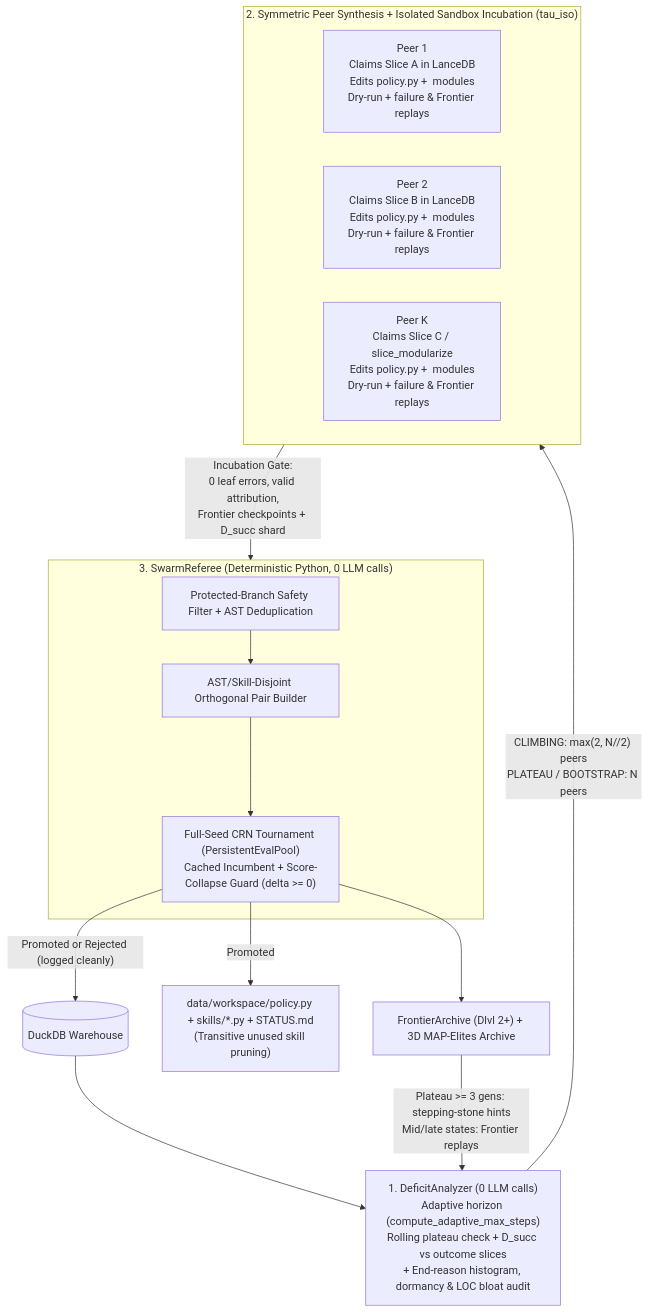
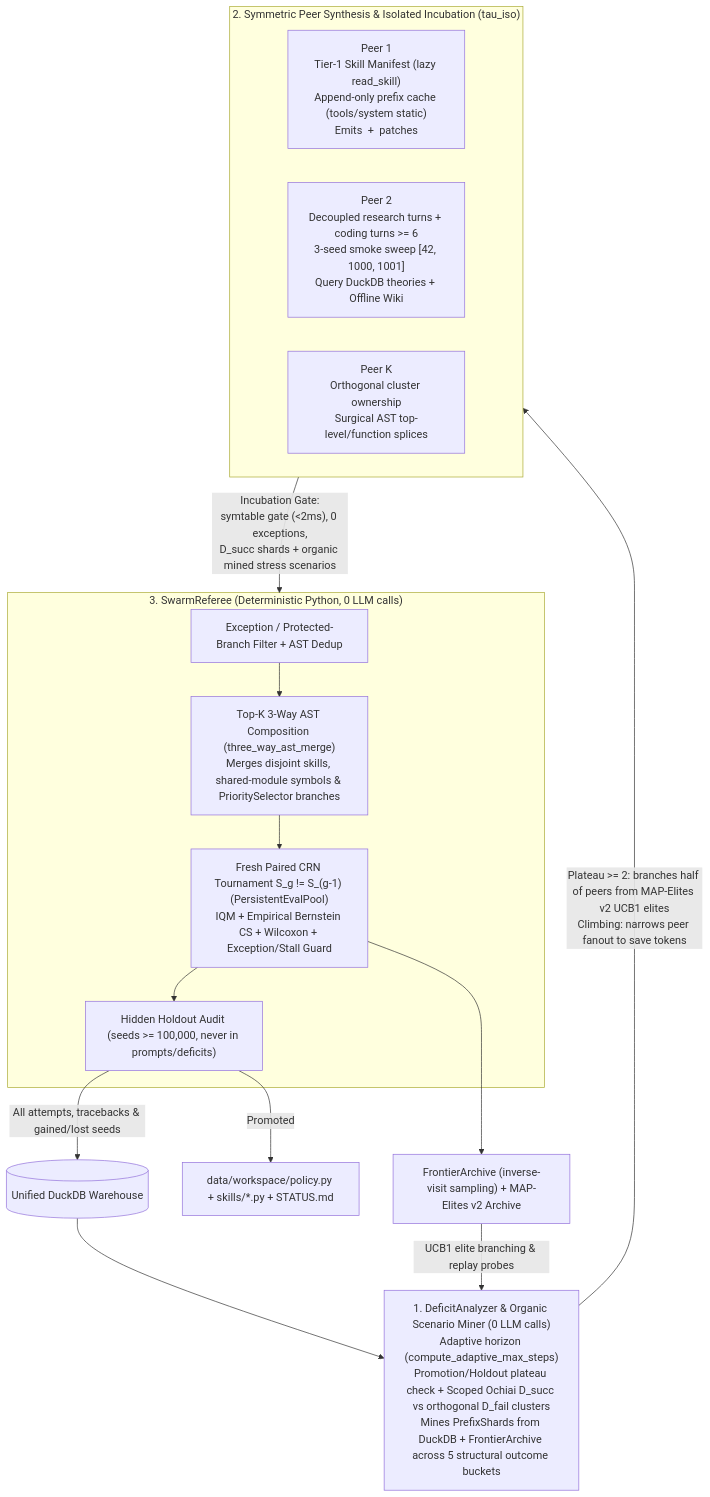
One commit to saejin-moon/lox changed the diagram in README.md. Above: the diagram before and after it, drawn with Mermaid. The commit also changed other lines of this file and 32 other files, not shown here.

Commit message:
Implement Phases 1-5 architectural upgrades, rewrite README, and update TODO

````diff
--- a/README.md
+++ b/README.md
@@ -45,27 +42,28 @@
 ```mermaid
 flowchart TB
-    DB[(DuckDB Warehouse)] --> DEF["1. DeficitAnalyzer (0 LLM calls)\nAdaptive horizon (compute_adaptive_max_steps)\nRolling plateau check + D_succ vs outcome slices\n+ End-reason histogram, dormancy & LOC bloat audit"]
+    DB[(Unified DuckDB Warehouse)] --> DEF["1. DeficitAnalyzer & Organic Scenario Miner (0 LLM calls)\nAdaptive horizon (compute_adaptive_max_steps)\nPromotion/Holdout plateau check + Scoped Ochiai D_succ vs orthogonal D_fail clusters\nMines PrefixShards from DuckDB + FrontierArchive across 5 structural outcome buckets"]
 
-    DEF -->|"CLIMBING: max(2, N//2) peers\nPLATEAU / BOOTSTRAP: N peers"| PEERS
+    DEF -->|"Plateau >= 2: branches half of peers from MAP-Elites v2 UCB1 elites\nClimbing: narrows peer fanout to save tokens"| PEERS
 
-    subgraph PEERS["2. Symmetric Peer Synthesis + Isolated Sandbox Incubation (tau_iso)"]
+    subgraph PEERS["2. Symmetric Peer Synthesis & Isolated Incubation (tau_iso)"]
         direction LR
-        P1["Peer 1\nClaims Slice A in LanceDB\nEdits policy.py + <skill_code> modules\nDry-run + failure & Frontier replays"]
-        P2["Peer 2\nClaims Slice B in LanceDB\nEdits policy.py + <skill_code> modules\nDry-run + failure & Frontier replays"]
-        PN["Peer K\nClaims Slice C / slice_modularize\nEdits policy.py + <skill_code> modules\nDry-run + failure & Frontier replays"]
+        P1["Peer 1\nTier-1 Skill Manifest (lazy read_skill)\nAppend-only prefix cache (tools/system static)\nEmits <skill_code> + <policy_code> patches"]
+        P2["Peer 2\nDecoupled research turns + coding turns >= 6\n3-seed smoke sweep [42, 1000, 1001]\nQuery DuckDB theories + Offline Wiki"]
+        PN["Peer K\nOrthogonal cluster ownership\nSurgical AST top-level/function splices"]
     end
 
-    PEERS -->|"Incubation Gate:\n0 leaf errors, valid attribution,\nFrontier checkpoints + D_succ shard"| REF
+    PEERS -->|"Incubation Gate:\nsymtable gate (<2ms), 0 exceptions,\nD_succ shards + organic mined stress scenarios"| REF
 
     subgraph REF["3. SwarmReferee (Deterministic Python, 0 LLM calls)"]
-        FLT["Protected-Branch Safety Filter + AST Deduplication"]
-        ORTHO["AST/Skill-Disjoint Orthogonal Pair Builder"]
-        CRN["Full-Seed CRN Tournament (PersistentEvalPool)\nCached Incumbent + Score-Collapse Guard (delta >= 0)"]
-        FLT --> ORTHO --> CRN
+        FLT["Exception / Protected-Branch Filter + AST Dedup"]
+        ORTHO["Top-K 3-Way AST Composition (three_way_ast_merge)\nMerges disjoint skills, shared-module symbols & PrioritySelector branches"]
+        CRN["Fresh Paired CRN Tournament S_g != S_(g-1) (PersistentEvalPool)\nIQM + Empirical Bernstein CS + Wilcoxon + Exception/Stall Guard"]
+        HOLD["Hidden Holdout Audit (seeds >= 100,000, never in prompts/deficits)"]
+        FLT --> ORTHO --> CRN --> HOLD
     end
 
-    CRN -->|"Promoted"| WS["data/workspace/policy.py + skills/*.py + STATUS.md\n(Transitive unused skill pruning)"]
-    CRN -->|"Promoted or Rejected (logged cleanly)"| DB
-    CRN --> ARCH["FrontierArchive (Dlvl 2+) + 3D MAP-Elites Archive"]
-    ARCH -->|"Plateau >= 3 gens: stepping-stone hints\nMid/late states: Frontier replays"| DEF
+    HOLD -->|"Promoted"| WS["data/workspace/policy.py + skills/*.py + STATUS.md"]
+    HOLD -->|"All attempts, tracebacks & gained/lost seeds"| DB
+    CRN --> ARCH["FrontierArchive (inverse-visit sampling) + MAP-Elites v2 Archive"]
+    ARCH -->|"UCB1 elite branching & replay probes"| DEF
 ```
````
